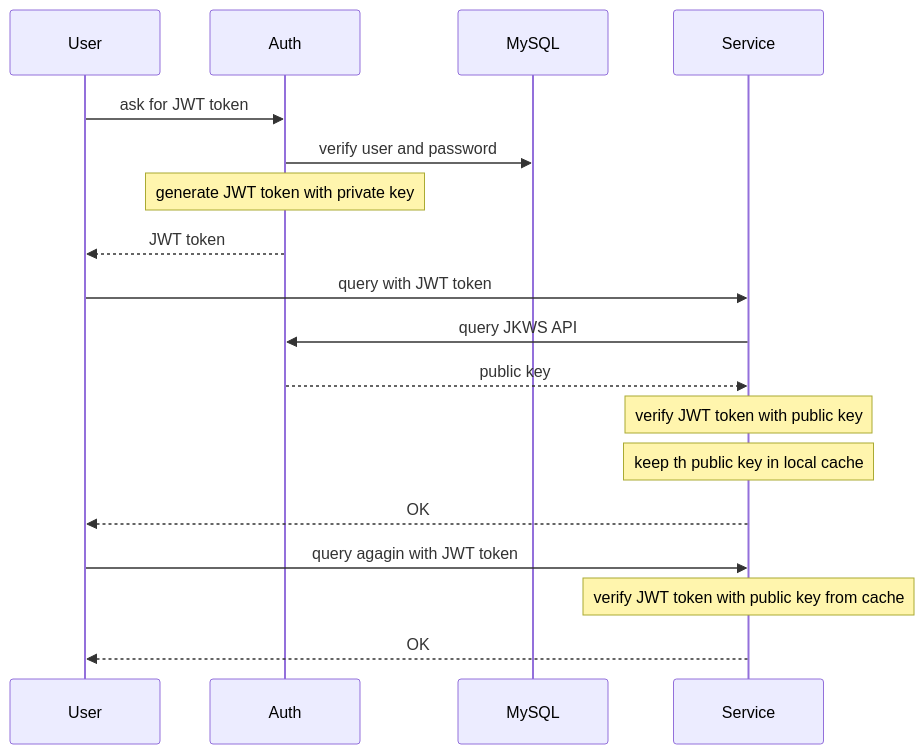
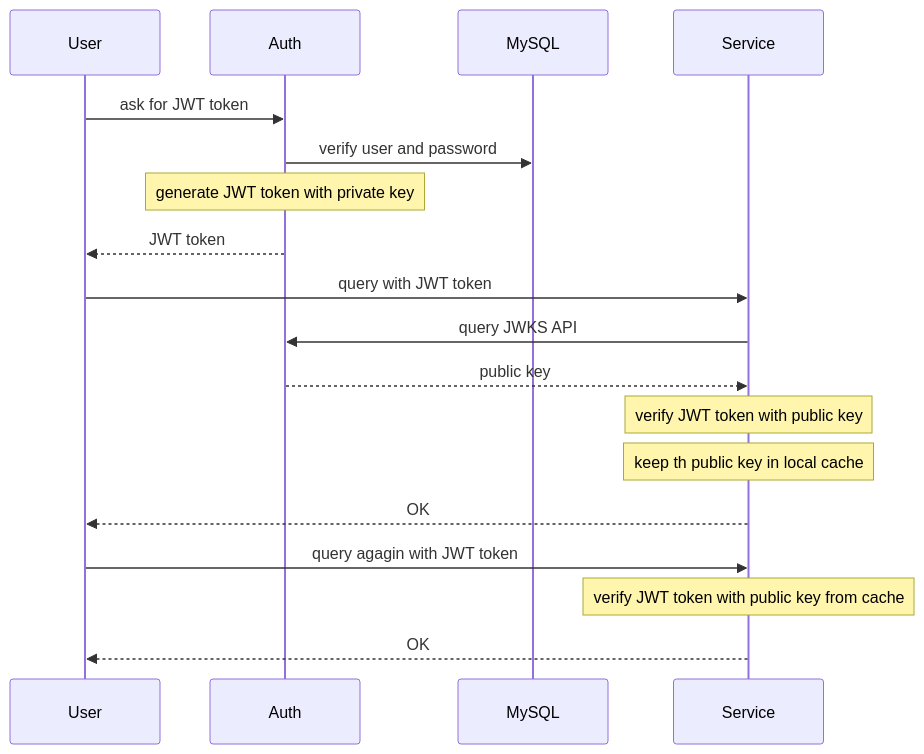
One commit to CheHsuan/backend101 changed the second of 2 diagrams in design/scenario/security/auth/JWT 產生以及驗證.md. Above: the diagram before and after it, drawn with Mermaid.

````diff
--- a/design/scenario/security/auth/JWT 產生以及驗證.md
+++ b/design/scenario/security/auth/JWT 產生以及驗證.md
@@ -70,16 +70,16 @@
 ``` mermaid
 sequenceDiagram
 User->>Auth: ask for JWT token
 Auth->>MySQL: verify user and password
 Note over Auth: generate JWT token with private key
 Auth-->>User: JWT token
 User->>Service: query with JWT token
-Service->>Auth: query JKWS API
+Service->>Auth: query JWKS API
 Auth-->>Service: public key
 Note over Service: verify JWT token with public key
 Note over Service: keep th public key in local cache
 Service-->>User: OK
 User->>Service: query agagin with JWT token
 Note over Service: verify JWT token with public key from cache
 Service-->>User: OK
 ```
````
